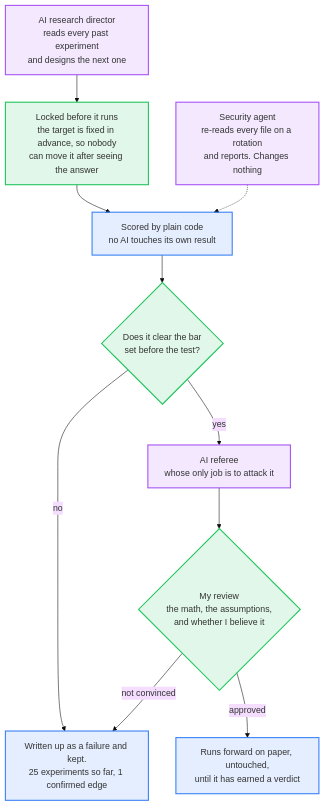
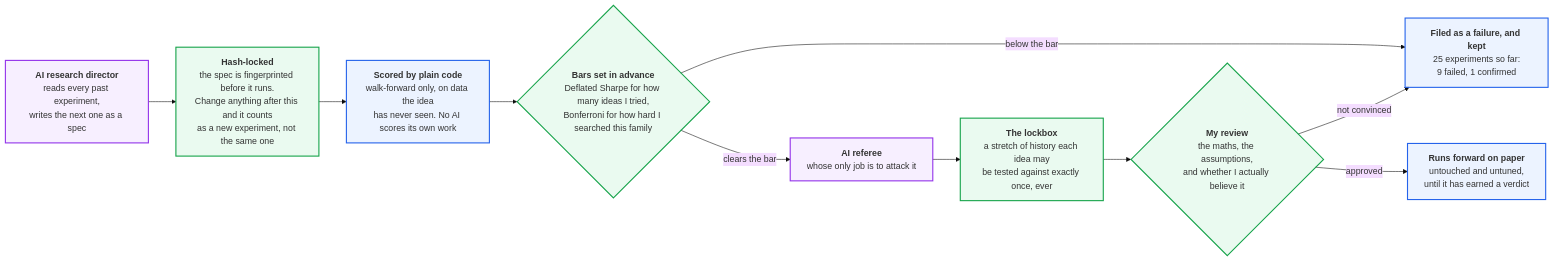
One commit to baypeanut/multi-strategy-fund changed the second of 2 diagrams in README.md. Above: the diagram before and after it, drawn with Mermaid (base theme). The commit also changed other lines of this file, not shown here.

First line of the commit message:
Redraw the first diagram: the books are parallel systems, not steps

````diff
--- a/README.md
+++ b/README.md
@@ -54,23 +75,28 @@
 ```mermaid
-flowchart TD
-    I["AI research director<br/>reads every past experiment<br/>and designs the next one"] --> LOCK
-    LOCK["Locked before it runs<br/>the target is fixed in advance, so nobody<br/>can move it after seeing the answer"] --> RUN
-    RUN["Scored by plain code<br/>no AI touches its own result"] --> BAR
+flowchart LR
+    I["<b>AI research director</b><br/>reads every past experiment,<br/>writes the next one as a spec"] --> H
 
-    BAR{"Does it clear the bar<br/>set before the test?"}
-    BAR -- "no" --> FAIL["Written up as a failure and kept.<br/>25 experiments so far, 1 confirmed edge"]
-    BAR -- "yes" --> REF["AI referee<br/>whose only job is to attack it"]
+    H["<b>Hash-locked</b><br/>the spec is fingerprinted before it runs.<br/>Change anything after this and it counts<br/>as a new experiment, not the same one"] --> W
 
-    REF --> ME{"My review<br/>the math, the assumptions,<br/>and whether I believe it"}
-    ME -- "not convinced" --> FAIL
-    ME -- "approved" --> FWD["Runs forward on paper, untouched,<br/>until it has earned a verdict"]
+    W["<b>Scored by plain code</b><br/>walk-forward only, on data the idea<br/>has never seen. No AI scores its own work"] --> BAR
 
-    SEC["Security agent<br/>re-reads every file on a rotation<br/>and reports. Changes nothing"] -.-> RUN
+    BAR{"<b>Bars set in advance</b><br/>Deflated Sharpe for how many ideas I tried,<br/>Bonferroni for how hard I searched this family"}
 
-    classDef mine fill:#22c55e22,stroke:#22c55e,stroke-width:2px
-    classDef code fill:#3b82f622,stroke:#3b82f6,stroke-width:2px
-    classDef ai   fill:#a855f722,stroke:#a855f7,stroke-width:2px
-    class I,REF,SEC ai
-    class RUN,FAIL,FWD code
-    class LOCK,BAR,ME mine
+    BAR -- "below the bar" --> F["<b>Filed as a failure, and kept</b><br/>25 experiments so far:<br/>9 failed, 1 confirmed"]
+    BAR -- "clears the bar" --> REF["<b>AI referee</b><br/>whose only job is to attack it"]
+
+    REF --> LB["<b>The lockbox</b><br/>a stretch of history each idea may<br/>be tested against exactly once, ever"]
+
+    LB --> ME{"<b>My review</b><br/>the maths, the assumptions,<br/>and whether I actually believe it"}
+
+    ME -- "not convinced" --> F
+    ME -- "approved" --> FWD["<b>Runs forward on paper</b><br/>untouched and untuned,<br/>until it has earned a verdict"]
+
+    classDef mine fill:#22c55e18,stroke:#16a34a,stroke-width:2px
+    classDef code fill:#3b82f618,stroke:#2563eb,stroke-width:2px
+    classDef ai   fill:#a855f718,stroke:#9333ea,stroke-width:2px
+
+    class I,REF ai
+    class W,F,FWD code
+    class H,BAR,LB,ME mine
 ```
````
